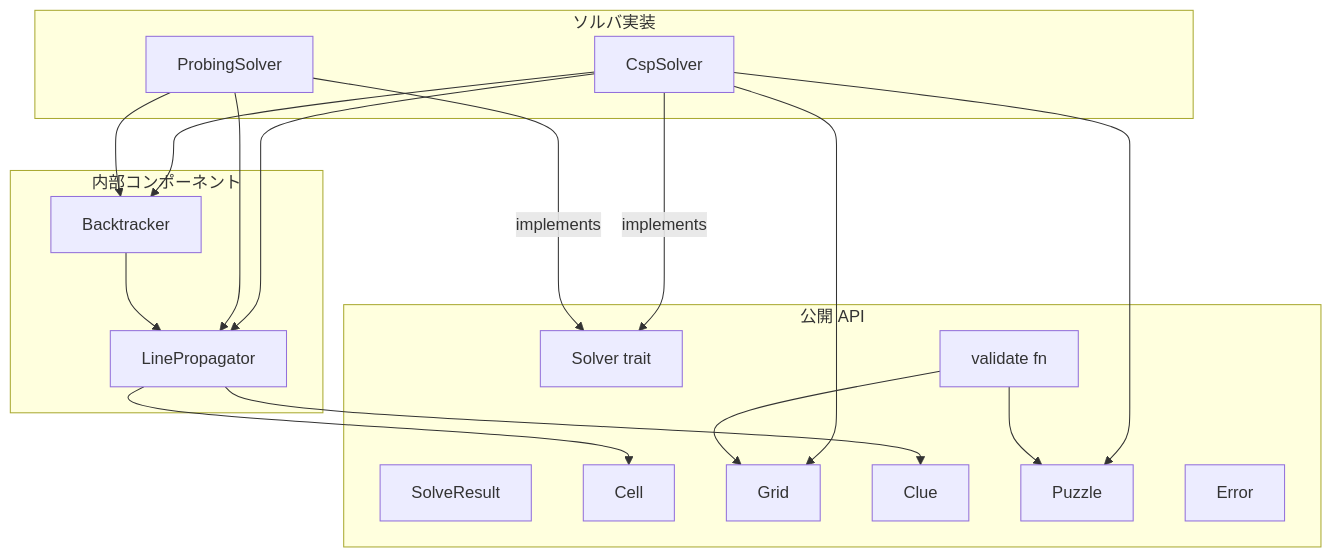
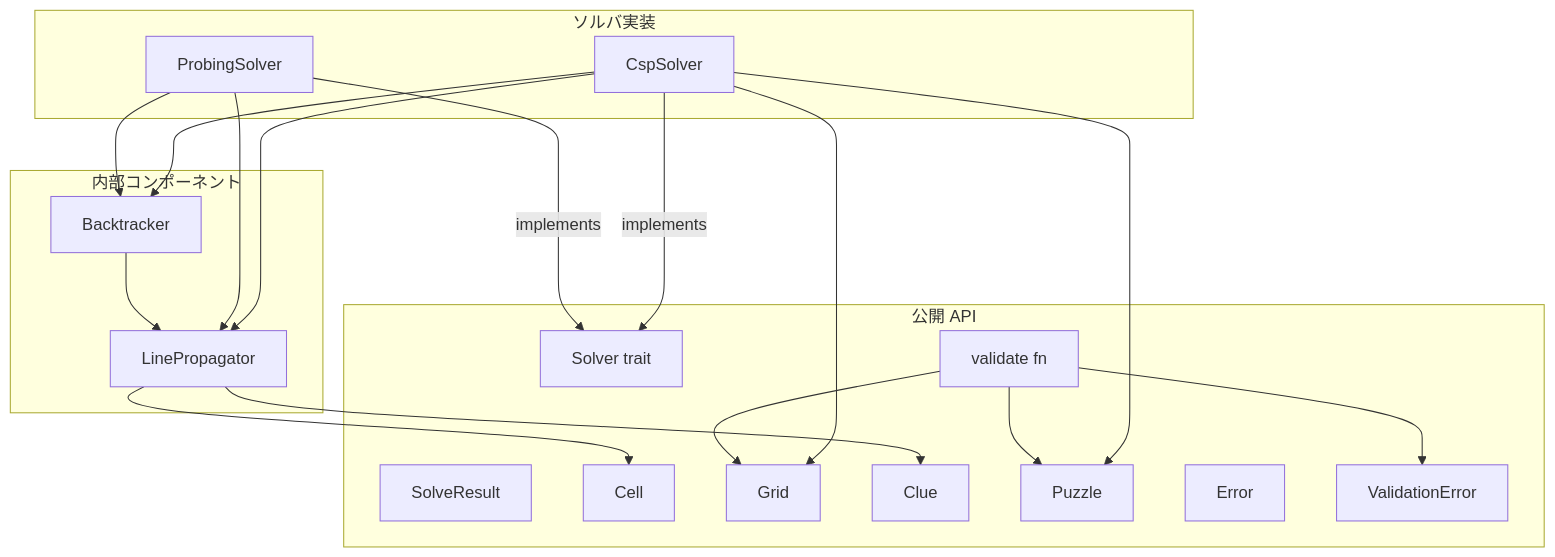
The first of 4 diagrams in .kiro/specs/nonogram-core/design.md (mat-der-D/nonogram-engine), drawn with Mermaid before and after one commit. The commit also changed other lines of this file and 1 other file, not shown here.

Commit message:
[fix] Fix error handling

````diff
--- a/.kiro/specs/nonogram-core/design.md
+++ b/.kiro/specs/nonogram-core/design.md
@@ -43,37 +43,39 @@
 ```mermaid
 graph TB
     subgraph PublicAPI[公開 API]
         Solver[Solver trait]
         SolveResult[SolveResult]
         Validate[validate fn]
         Cell[Cell]
         Grid[Grid]
         Clue[Clue]
         Puzzle[Puzzle]
         Error[Error]
+        ValidationError[ValidationError]
     end
 
     subgraph Solvers[ソルバ実装]
         CspSolver[CspSolver]
         ProbingSolver[ProbingSolver]
     end
 
     subgraph Internal[内部コンポーネント]
         LinePropagator[LinePropagator]
         Backtracker[Backtracker]
     end
 
     CspSolver -->|implements| Solver
     ProbingSolver -->|implements| Solver
     CspSolver --> LinePropagator
     CspSolver --> Backtracker
     ProbingSolver --> LinePropagator
     ProbingSolver --> Backtracker
     Backtracker --> LinePropagator
     CspSolver --> Puzzle
     CspSolver --> Grid
     LinePropagator --> Cell
     LinePropagator --> Clue
     Validate --> Puzzle
     Validate --> Grid
+    Validate --> ValidationError
 ```
````
